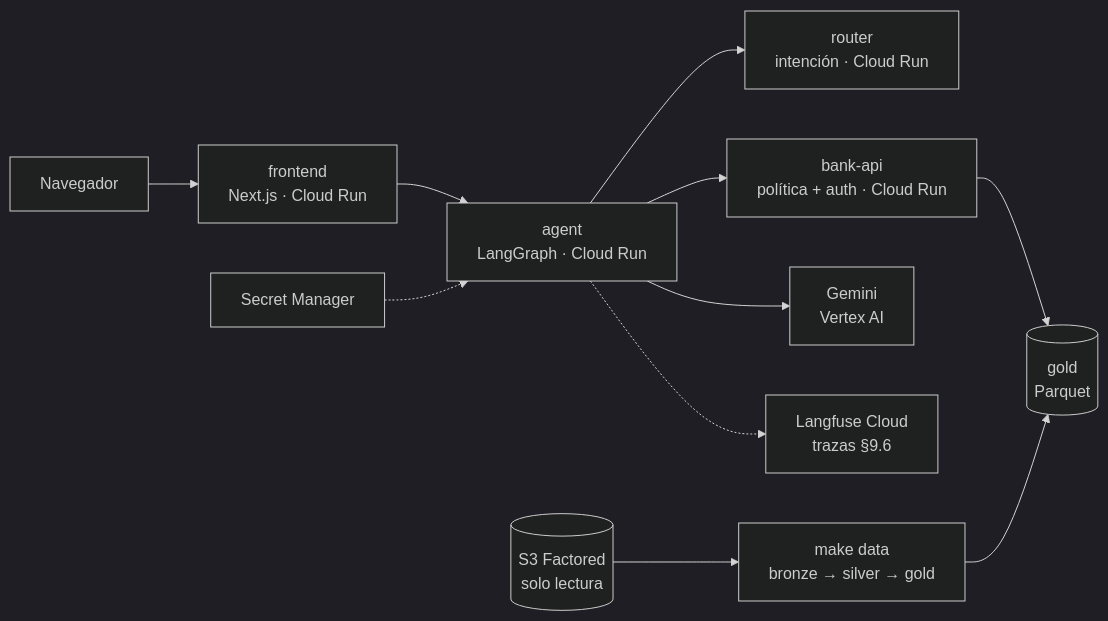
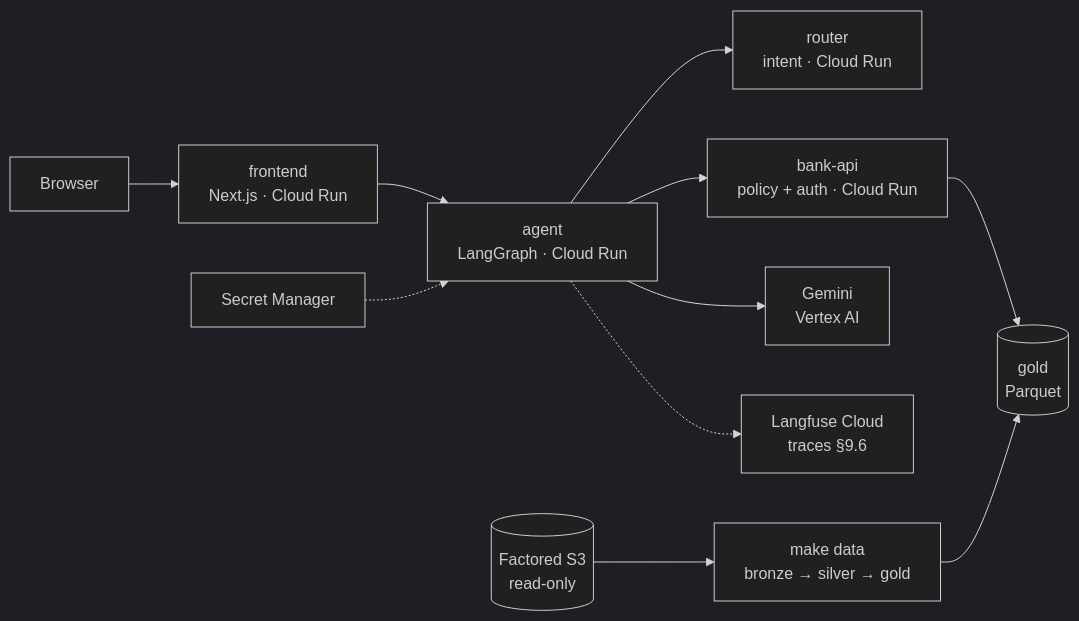
The diagram in README.md (Smorareq1/factored-hackathon-2026-sofia), drawn with Mermaid (dark theme) before and after one commit. The commit also changed other lines of this file and 36 other files, not shown here.

````diff
--- a/README.md
+++ b/README.md
@@ -55,12 +66,12 @@
 ```mermaid
 flowchart LR
-    U["Navegador"] --> FE["frontend<br/>Next.js · Cloud Run"]
+    U["Browser"] --> FE["frontend<br/>Next.js · Cloud Run"]
     FE --> AG["agent<br/>LangGraph · Cloud Run"]
-    AG --> RT["router<br/>intención · Cloud Run"]
-    AG --> BK["bank-api<br/>política + auth · Cloud Run"]
+    AG --> RT["router<br/>intent · Cloud Run"]
+    AG --> BK["bank-api<br/>policy + auth · Cloud Run"]
     AG --> VX["Gemini<br/>Vertex AI"]
-    AG -.-> LF["Langfuse Cloud<br/>trazas §9.6"]
+    AG -.-> LF["Langfuse Cloud<br/>traces §9.6"]
     BK --> GD[("gold<br/>Parquet")]
-    S3[("S3 Factored<br/>solo lectura")] --> PL["make data<br/>bronze → silver → gold"] --> GD
+    S3[("Factored S3<br/>read-only")] --> PL["make data<br/>bronze → silver → gold"] --> GD
     SM["Secret Manager"] -.-> AG
 ```
````
